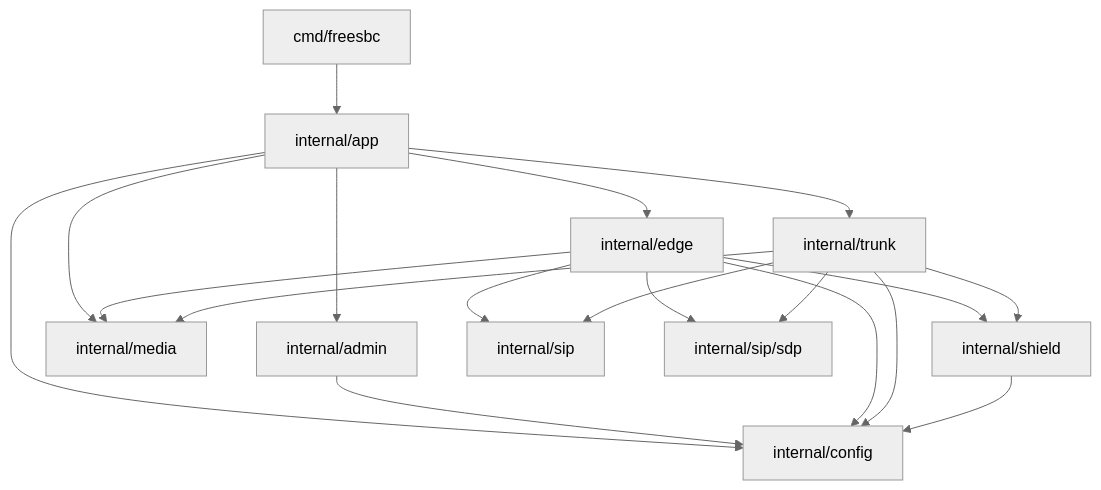
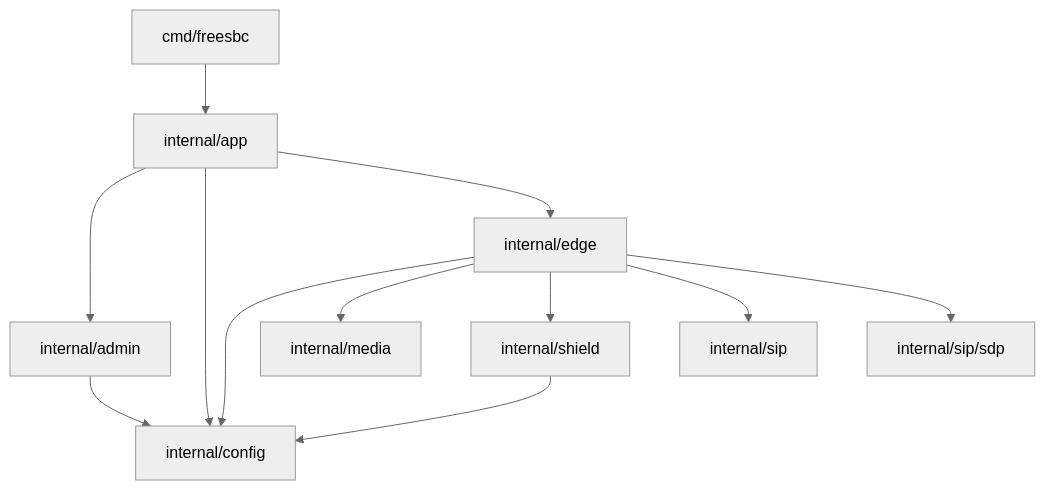
One commit to aicc2025/freesbc changed the first of 18 diagrams in docs/design.md. Above: the diagram before and after it, drawn with Mermaid (neutral theme). The commit also changed other lines of this file and 30 other files, not shown here.

````diff
--- a/docs/design.md
+++ b/docs/design.md
@@ -82,21 +87,14 @@
 ```mermaid
 graph TD
     cmd["cmd/freesbc"] --> app["internal/app"]
     app --> admin["internal/admin"]
     app --> config["internal/config"]
     app --> edge["internal/edge"]
-    app --> media["internal/media"]
-    app --> trunk["internal/trunk"]
     admin --> config
     edge --> config
-    edge --> media
+    edge --> media["internal/media"]
     edge --> shield["internal/shield"]
     edge --> sip["internal/sip"]
     edge --> sdp["internal/sip/sdp"]
-    trunk --> config
-    trunk --> media
-    trunk --> shield
-    trunk --> sip
-    trunk --> sdp
     shield --> config
 ```
````
